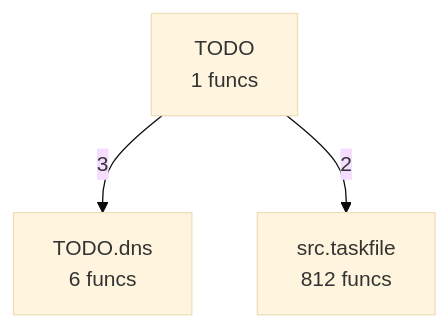
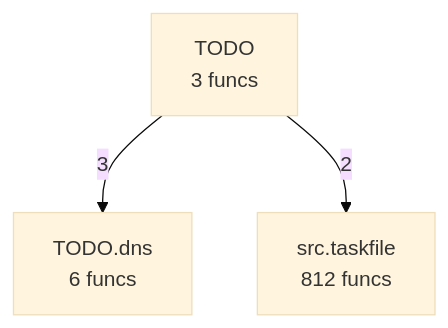
The diagram in project/compact_flow.mmd (pyfunc/taskfile), drawn with Mermaid (base theme) before and after one commit. The commit also changed 47 other files, not shown here.

```diff
--- a/project/compact_flow.mmd
+++ b/project/compact_flow.mmd
@@ -1,6 +1,6 @@
 flowchart TD
-    TODO["TODO<br/>1 funcs"]
+    TODO["TODO<br/>3 funcs"]
     TODO__dns["TODO.dns<br/>6 funcs"]
     src__taskfile["src.taskfile<br/>812 funcs"]
     TODO -->|3| TODO__dns
     TODO -->|2| src__taskfile
```
